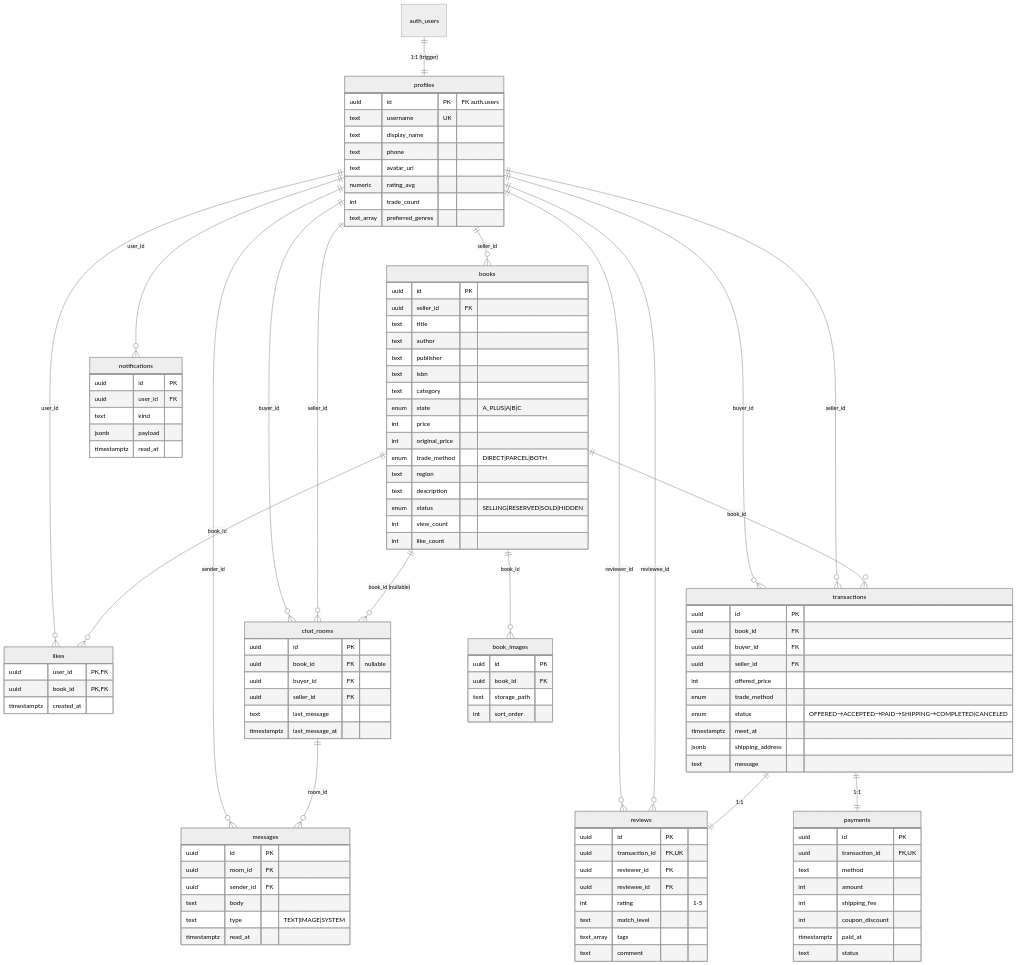
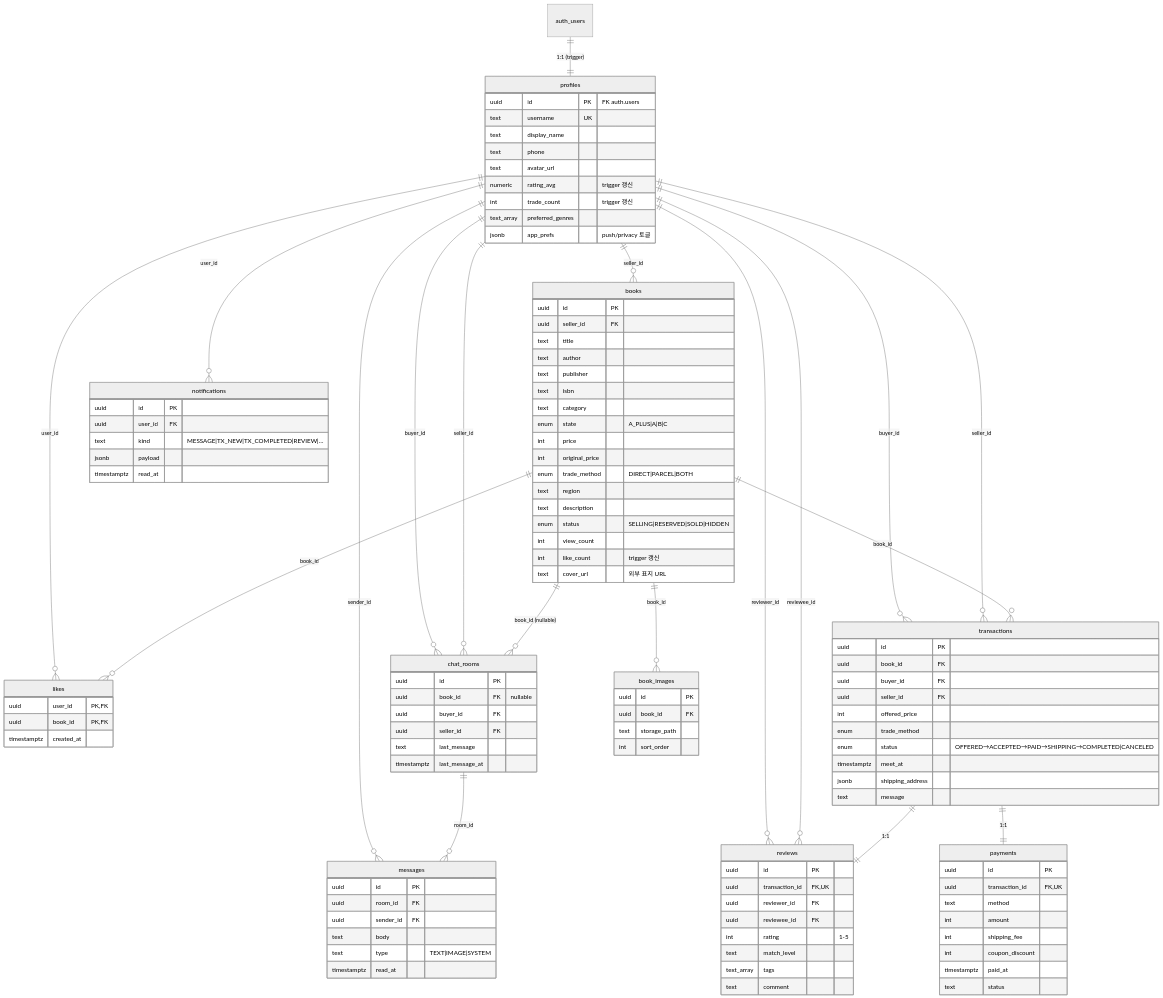
One commit to fussycats2/emptybook-app-sandbox changed the diagram in ERD.md. Above: the diagram before and after it, drawn with Mermaid (neutral theme). The commit also changed other lines of this file and 12 other files, not shown here.

```diff
--- a/ERD.md
+++ b/ERD.md
@@ -38,9 +38,10 @@
         text display_name
         text phone
         text avatar_url
-        numeric rating_avg
-        int trade_count
+        numeric rating_avg "trigger 갱신"
+        int trade_count "trigger 갱신"
         text_array preferred_genres
+        jsonb app_prefs "push/privacy 토글"
     }
 
     books {
@@ -59,7 +60,8 @@
         text description
         enum status "SELLING|RESERVED|SOLD|HIDDEN"
         int view_count
-        int like_count
+        int like_count "trigger 갱신"
+        text cover_url "외부 표지 URL"
     }
 
     book_images {
@@ -131,7 +133,7 @@
     notifications {
         uuid id PK
         uuid user_id FK
-        text kind
+        text kind "MESSAGE|TX_NEW|TX_COMPLETED|REVIEW|…"
         jsonb payload
         timestamptz read_at
     }
```
